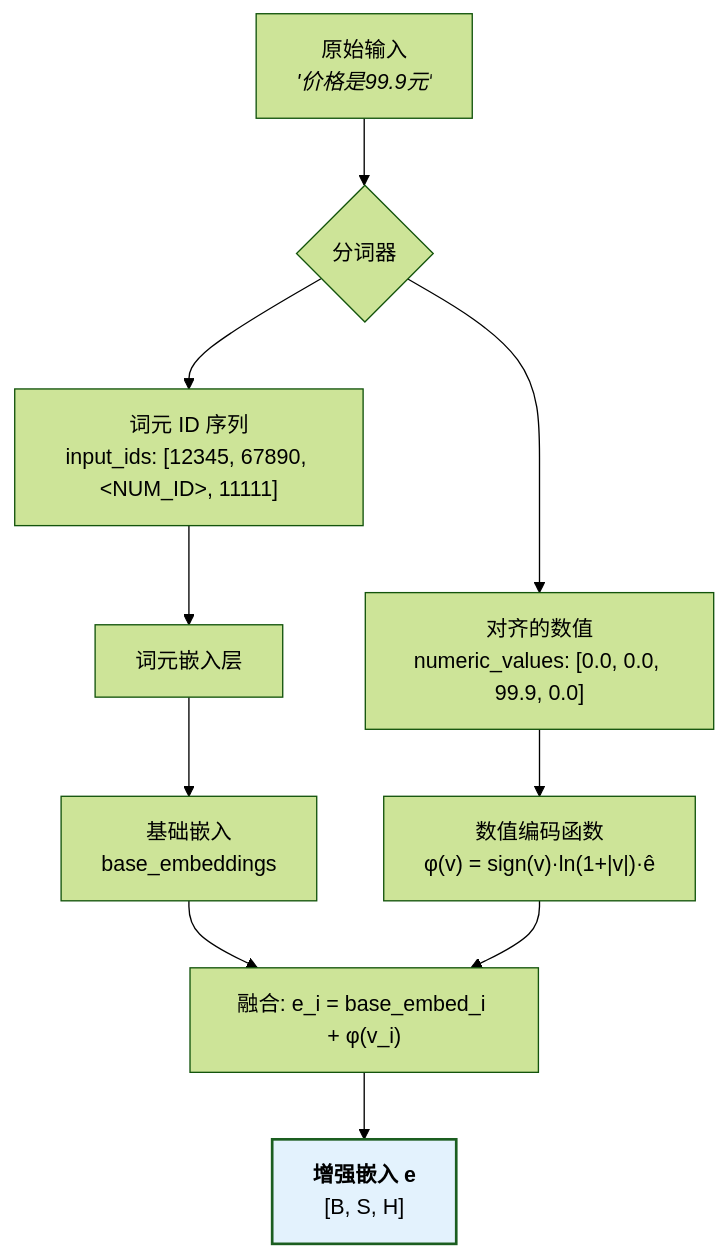
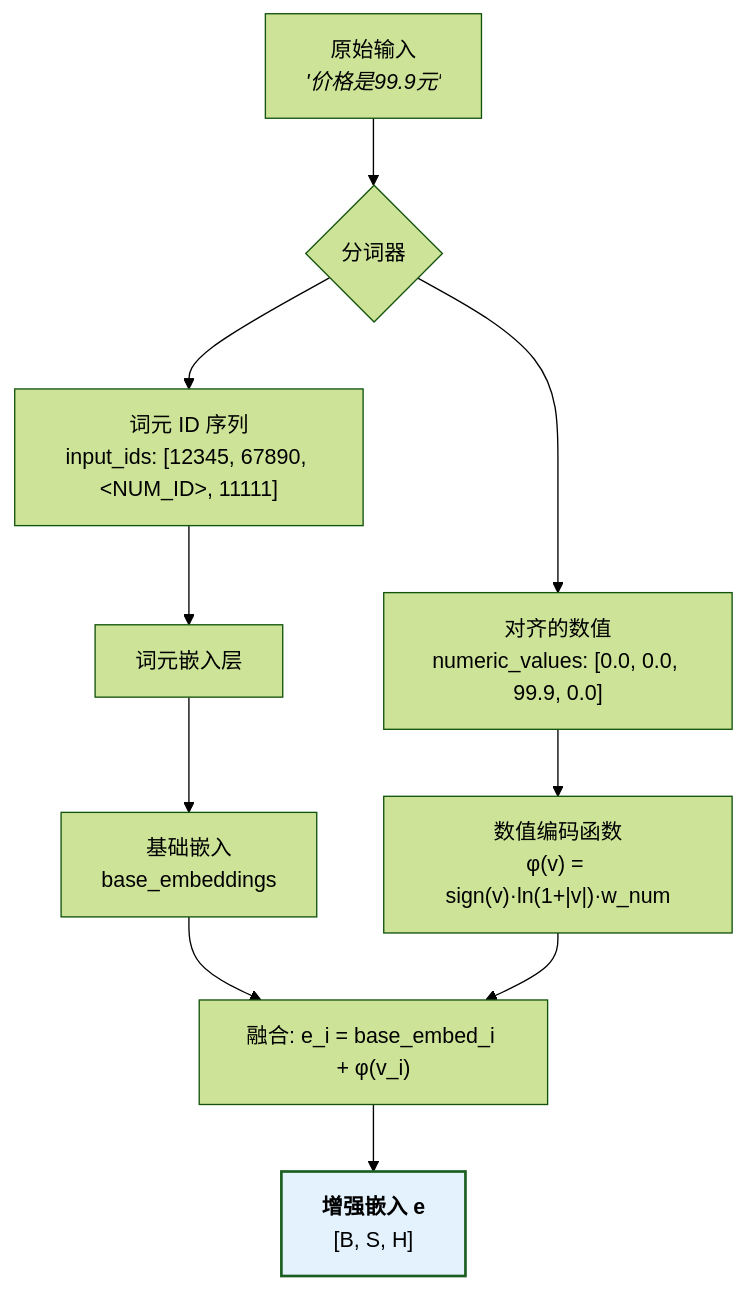
Before and after one commit to 1587causalai/CausalQwen: the second of 5 diagrams in docs/math_deep_dive/01_forward_pass.md, drawn with Mermaid (forest theme). The commit also changed other lines of this file and 2 other files, not shown here.

````diff
--- a/docs/math_deep_dive/01_forward_pass.md
+++ b/docs/math_deep_dive/01_forward_pass.md
@@ -35,16 +35,16 @@
 ```mermaid
 graph TD
     A["原始输入<br><i>'价格是99.9元'</i>"] --> B{"分词器"};
     B --> C["词元 ID 序列<br>input_ids: [12345, 67890, &lt;NUM_ID&gt;, 11111]"];
     B --> D["对齐的数值<br>numeric_values: [0.0, 0.0, 99.9, 0.0]"];
     
     C --> E["词元嵌入层"];
     E --> F["基础嵌入<br>base_embeddings"];
     
-    D --> G["数值编码函数<br>φ(v) = sign(v)·ln(1+|v|)·ê"];
+    D --> G["数值编码函数<br>φ(v) = sign(v)·ln(1+|v|)·w_num"];
     
     F & G --> H["融合: e_i = base_embed_i + φ(v_i)"];
     H --> I["<b>增强嵌入 e</b><br>[B, S, H]"];
 
     style I fill:#e3f2fd,stroke:#1b5e20,stroke-width:2px
 ```
````
